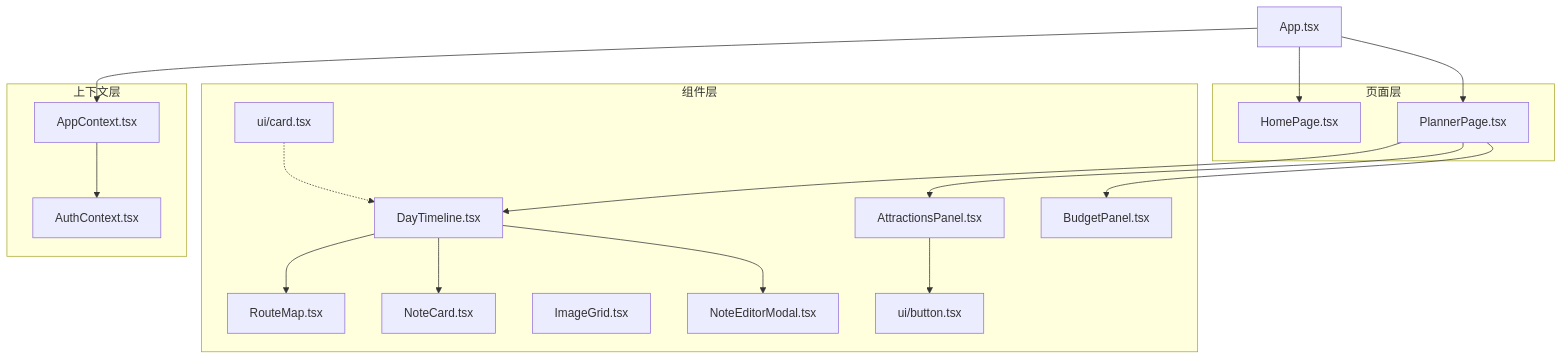
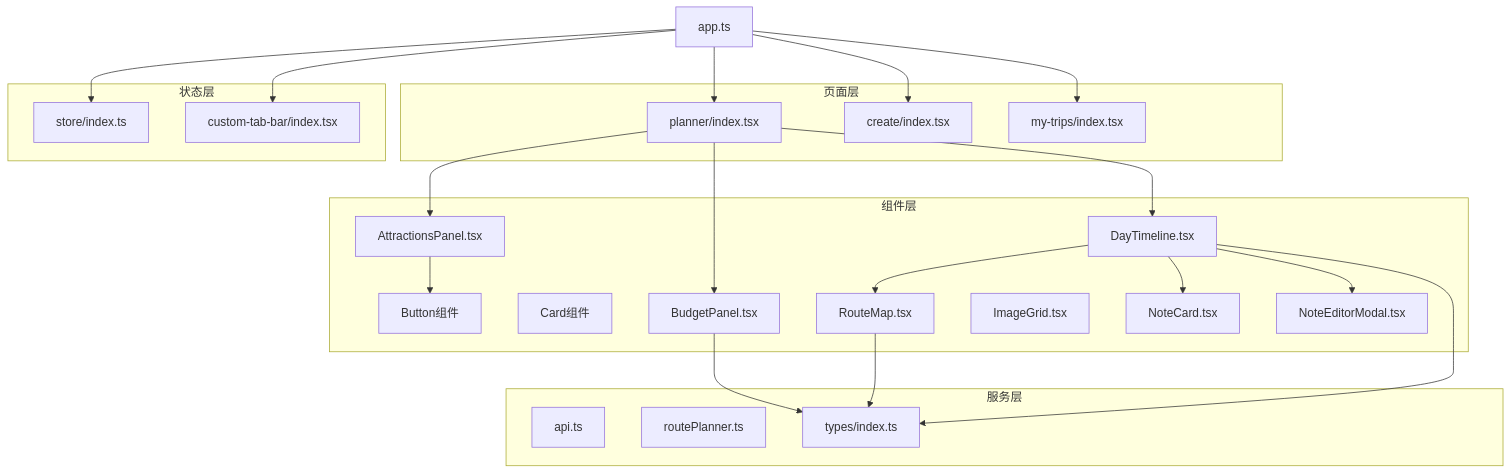
Before and after one commit to ititjjy/AITrip-plan: the first of 6 diagrams in .qoder/repowiki/zh/content/前端架构/React组件体系.md, drawn with Mermaid. The commit also changed other lines of this file and 17 other files, not shown here.

````diff
--- a/.qoder/repowiki/zh/content/前端架构/React组件体系.md
+++ b/.qoder/repowiki/zh/content/前端架构/React组件体系.md
@@ -43,34 +53,43 @@
 ```mermaid
 graph TB
 subgraph "页面层"
-HP["HomePage.tsx"]
-PP["PlannerPage.tsx"]
+PL["planner/index.tsx"]
+CR["create/index.tsx"]
+MT["my-trips/index.tsx"]
 end
 subgraph "组件层"
-BTN["ui/button.tsx"]
-CARD["ui/card.tsx"]
+BTN["Button组件"]
+CARD["Card组件"]
 AP["AttractionsPanel.tsx"]
 RM["RouteMap.tsx"]
 DT["DayTimeline.tsx"]
 BP["BudgetPanel.tsx"]
 IG["ImageGrid.tsx"]
 NC["NoteCard.tsx"]
 NEM["NoteEditorModal.tsx"]
 end
-subgraph "上下文层"
-AC["AppContext.tsx"]
-AU["AuthContext.tsx"]
+subgraph "服务层"
+API["api.ts"]
+RP["routePlanner.ts"]
+TYPE["types/index.ts"]
 end
-APP["App.tsx"]
-APP --> AC --> AU
-APP --> HP
-APP --> PP
-PP --> DT
-PP --> AP
-PP --> BP
+subgraph "状态层"
+STORE["store/index.ts"]
+TAB["custom-tab-bar/index.tsx"]
+end
+APP["app.ts"] --> STORE
+APP --> TAB
+APP --> PL
+APP --> CR
+APP --> MT
+PL --> DT
+PL --> AP
+PL --> BP
 DT --> RM
 DT --> NC
 DT --> NEM
 AP --> BTN
-CARD -.-> DT
+BP --> TYPE
+RM --> TYPE
+DT --> TYPE
 ```
````
